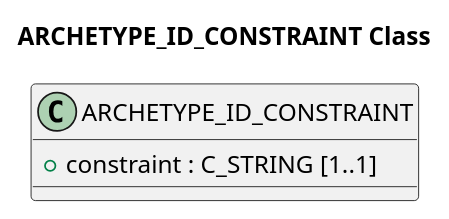
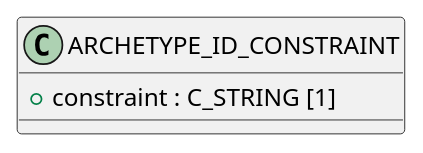
Before and after one commit to sebastian-iancu/code-generator: the diagram in code/PlantUML/openehr_am_2.4.0/org/openehr/am/aom2/constraint_model/ARCHETYPE_ID_CONSTRAINT.puml, drawn with PlantUML. The commit also changed 1618 other files, not shown here.

```diff
--- a/code/PlantUML/openehr_am_2.4.0/org/openehr/am/aom2/constraint_model/ARCHETYPE_ID_CONSTRAINT.puml
+++ b/code/PlantUML/openehr_am_2.4.0/org/openehr/am/aom2/constraint_model/ARCHETYPE_ID_CONSTRAINT.puml
@@ -1,10 +1,8 @@
 @startuml
-' PlantUML diagram for org.openehr.am.aom2.constraint_model.ARCHETYPE_ID_CONSTRAINT
-title ARCHETYPE_ID_CONSTRAINT Class
 
 class ARCHETYPE_ID_CONSTRAINT {
-  + constraint : C_STRING [1..1]
+  + constraint : C_STRING [1]
 }
 
 
 @enduml
```
